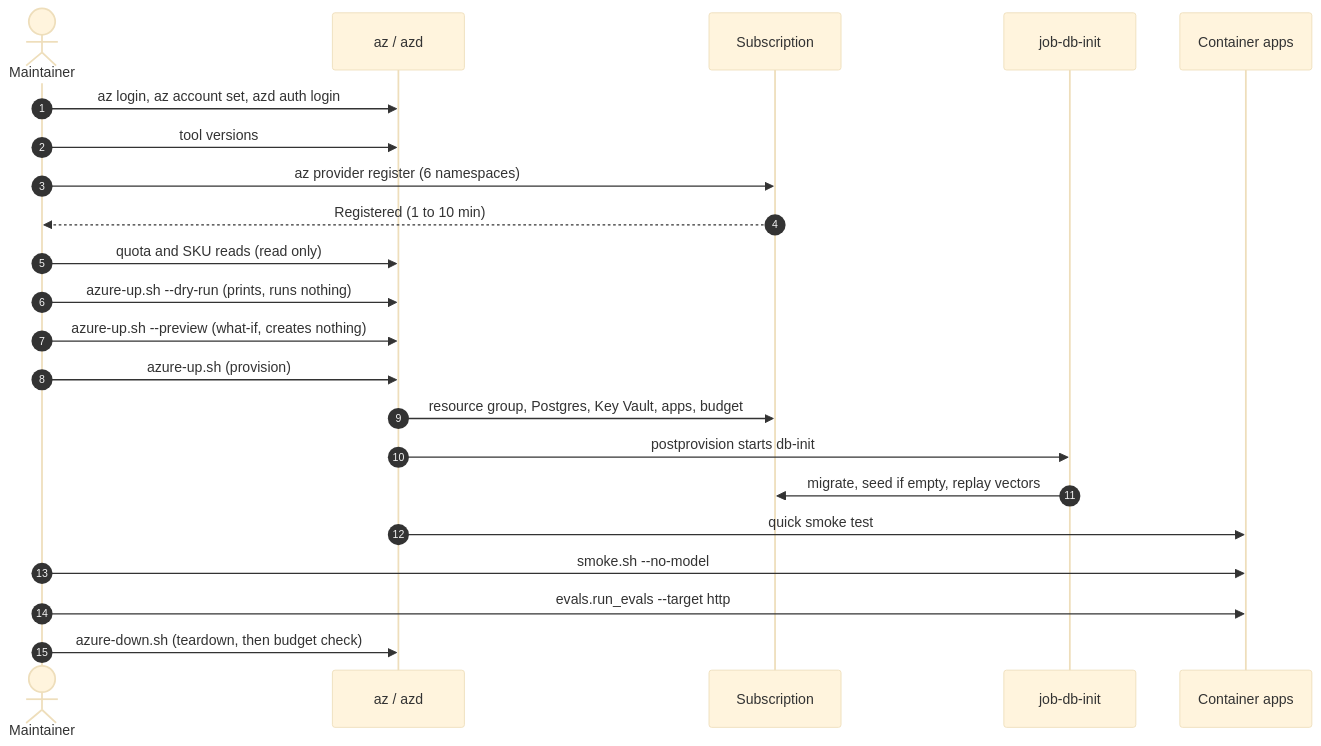
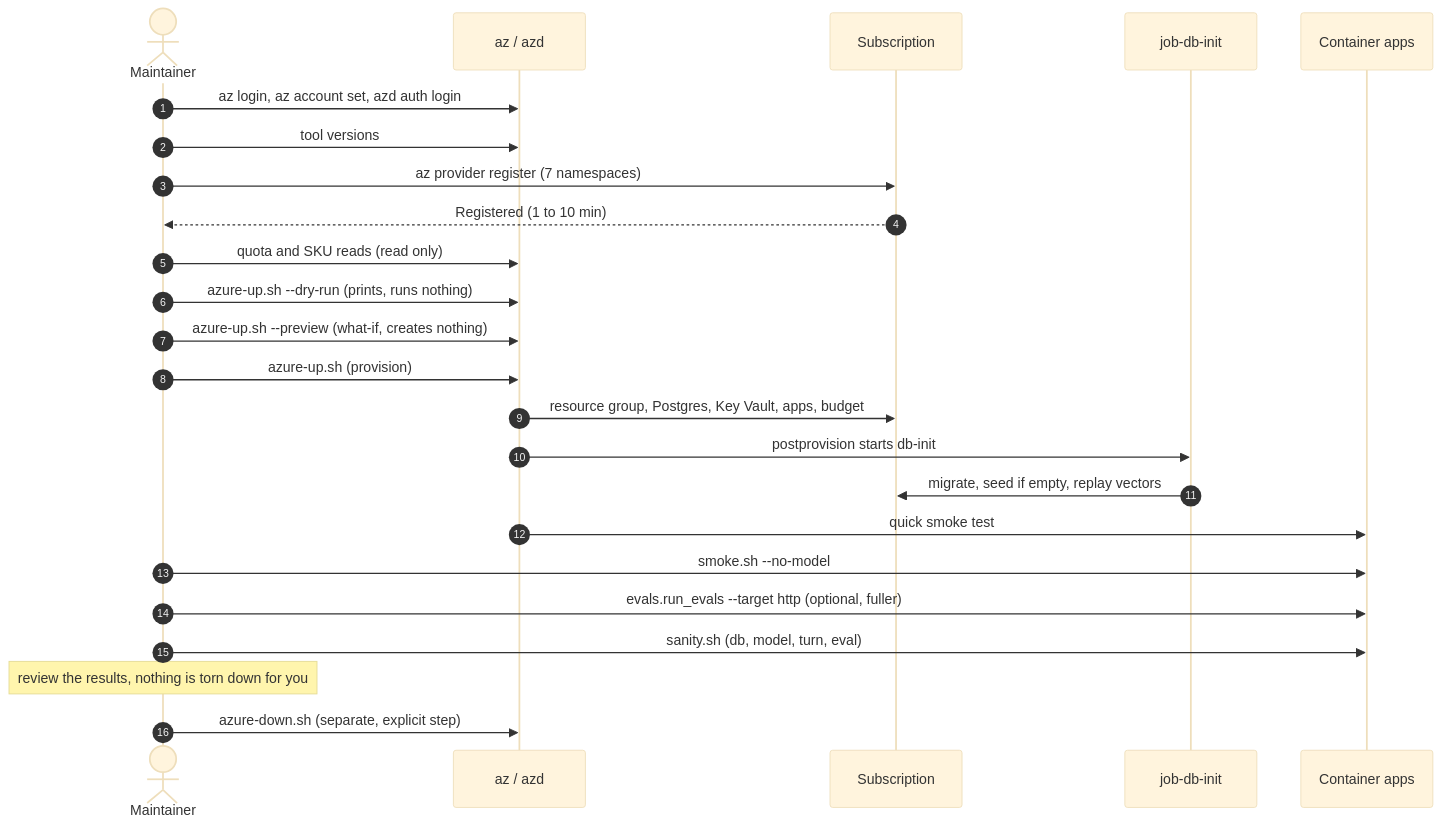
One commit to nitin27may/e-commerce-agents changed the second of 2 diagrams in docs/azure-deployment-sequence.md. Above: the diagram before and after it, drawn with Mermaid (base theme). The commit also changed other lines of this file and 5 other files, not shown here.

First line of the commit message:
docs(azure): sanity stage, costs with model prices, Deploy to Azure button, tests

````diff
--- a/docs/azure-deployment-sequence.md
+++ b/docs/azure-deployment-sequence.md
@@ -73,25 +76,27 @@
 ```mermaid
 sequenceDiagram
     autonumber
     actor M as Maintainer
     participant Az as az / azd
     participant Sub as Subscription
     participant Job as job-db-init
     participant App as Container apps
 
     M->>Az: az login, az account set, azd auth login
     M->>Az: tool versions
-    M->>Sub: az provider register (6 namespaces)
+    M->>Sub: az provider register (7 namespaces)
     Sub-->>M: Registered (1 to 10 min)
     M->>Az: quota and SKU reads (read only)
     M->>Az: azure-up.sh --dry-run (prints, runs nothing)
     M->>Az: azure-up.sh --preview (what-if, creates nothing)
     M->>Az: azure-up.sh (provision)
     Az->>Sub: resource group, Postgres, Key Vault, apps, budget
     Az->>Job: postprovision starts db-init
     Job->>Sub: migrate, seed if empty, replay vectors
     Az->>App: quick smoke test
     M->>App: smoke.sh --no-model
-    M->>App: evals.run_evals --target http
-    M->>Az: azure-down.sh (teardown, then budget check)
+    M->>App: evals.run_evals --target http (optional, fuller)
+    M->>App: sanity.sh (db, model, turn, eval)
+    Note over M: review the results, nothing is torn down for you
+    M->>Az: azure-down.sh (separate, explicit step)
 ```
````
